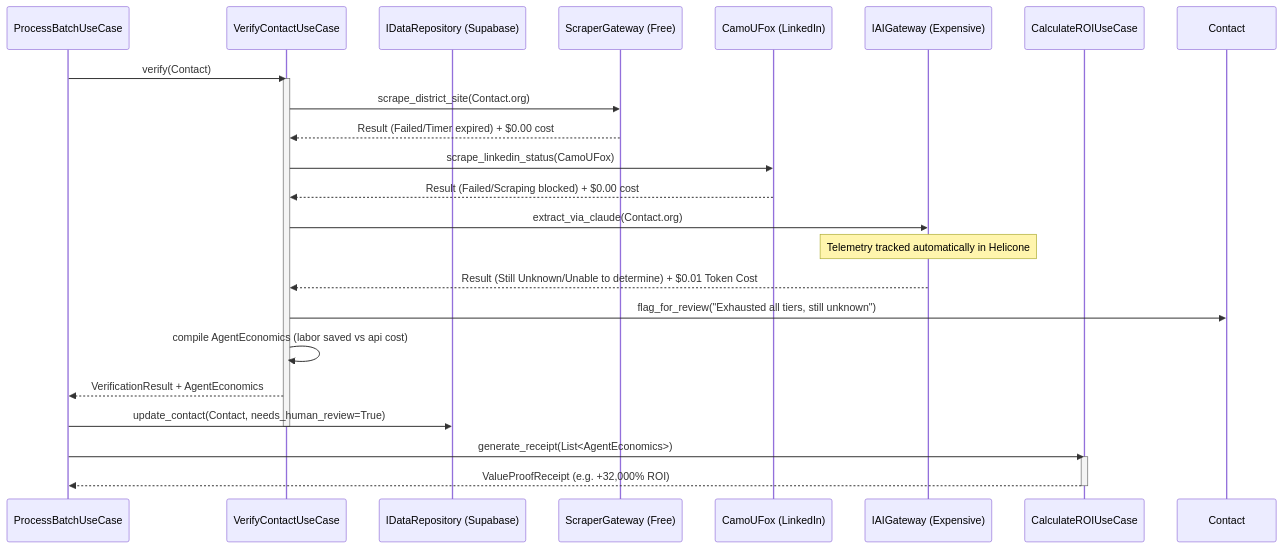
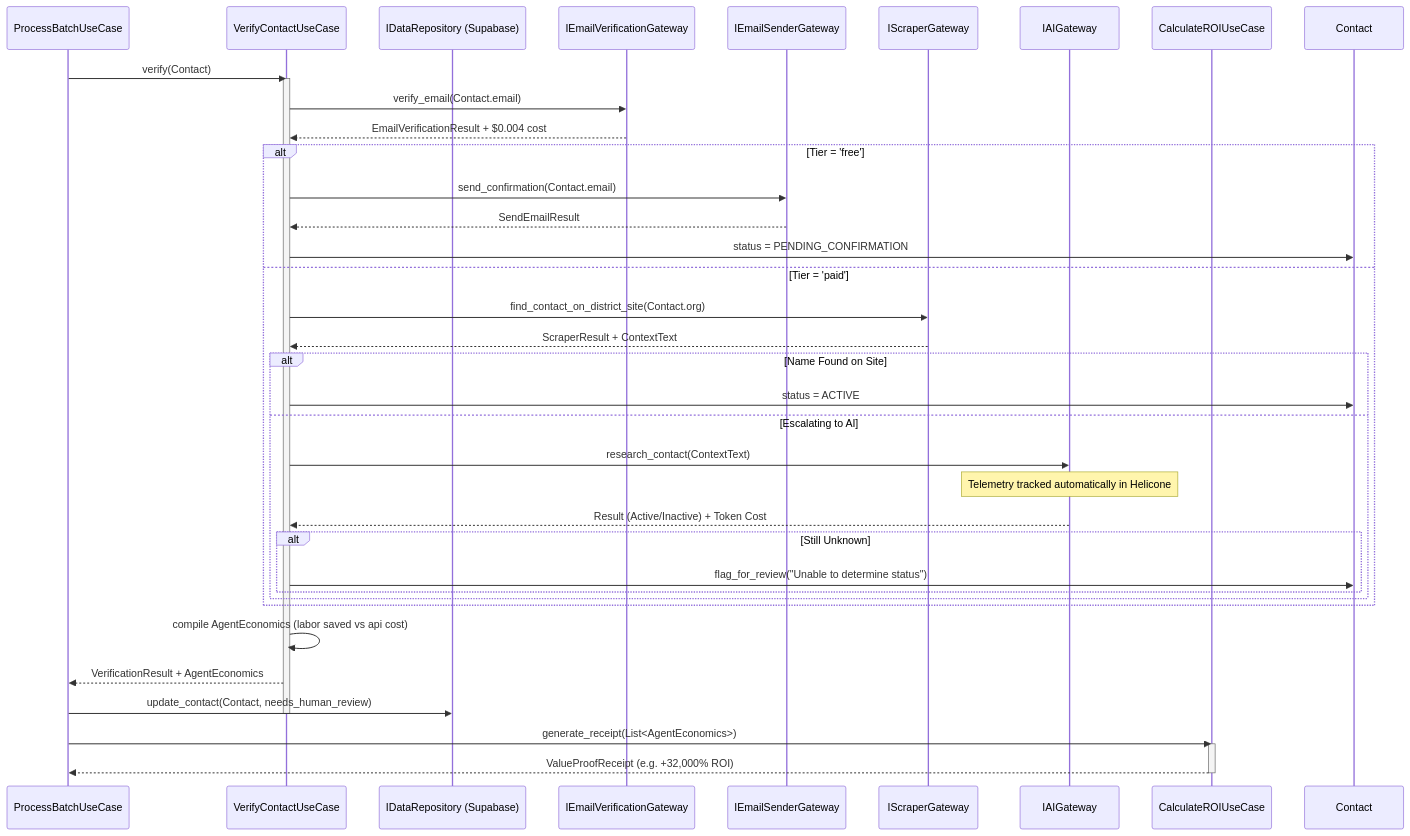
One commit to 0-robert/com-winner changed the fourth of 4 diagrams in PROPOSED_architecture.md. Above: the diagram before and after it, drawn with Mermaid. The commit also changed other lines of this file and 18 other files, not shown here.

````diff
--- a/PROPOSED_architecture.md
+++ b/PROPOSED_architecture.md
@@ -189,40 +188,50 @@
 ```mermaid
 sequenceDiagram
     participant Batch as ProcessBatchUseCase
     participant Verify as VerifyContactUseCase
     participant DB as IDataRepository (Supabase)
-    participant Tier1 as ScraperGateway (Free)
-    participant Tier2 as CamoUFox (LinkedIn)
-    participant Tier3 as IAIGateway (Expensive)
+    participant Email as IEmailVerificationGateway
+    participant Sender as IEmailSenderGateway
+    participant Scraper as IScraperGateway
+    participant AI as IAIGateway
     participant ROI as CalculateROIUseCase
     
     Batch->>Verify: verify(Contact)
     activate Verify
     
-    %% Cost-Aware Routing: Tier 1
-    Verify->>Tier1: scrape_district_site(Contact.org)
-    Tier1-->>Verify: Result (Failed/Timer expired) + $0.00 cost
-    
-    %% Cost-Aware Routing: Tier 2
-    Verify->>Tier2: scrape_linkedin_status(CamoUFox)
-    Tier2-->>Verify: Result (Failed/Scraping blocked) + $0.00 cost
+    Verify->>Email: verify_email(Contact.email)
+    Email-->>Verify: EmailVerificationResult + $0.004 cost
+
+    alt Tier = 'free'
+        Verify->>Sender: send_confirmation(Contact.email)
+        Sender-->>Verify: SendEmailResult
+        Verify->>Contact: status = PENDING_CONFIRMATION
         
-    %% Cost-Aware Routing: Tier 3
-    Verify->>Tier3: extract_via_claude(Contact.org)
-    Note over Tier3: Telemetry tracked automatically in Helicone
-    Tier3-->>Verify: Result (Still Unknown/Unable to determine) + $0.01 Token Cost
-    
-    %% Flag for Human Review
-    Verify->>Contact: flag_for_review("Exhausted all tiers, still unknown")
+    else Tier = 'paid'
+        Verify->>Scraper: find_contact_on_district_site(Contact.org)
+        Scraper-->>Verify: ScraperResult + ContextText
+        
+        alt Name Found on Site
+            Verify->>Contact: status = ACTIVE
+        else Escalating to AI
+            Verify->>AI: research_contact(ContextText)
+            Note over AI: Telemetry tracked automatically in Helicone
+            AI-->>Verify: Result (Active/Inactive) + Token Cost
+            
+            alt Still Unknown
+                 Verify->>Contact: flag_for_review("Unable to determine status")
+            end
+        end
+    end
     
     Verify->>Verify: compile AgentEconomics (labor saved vs api cost)
     Verify-->>Batch: VerificationResult + AgentEconomics
-    Batch->>DB: update_contact(Contact, needs_human_review=True)
+    Batch->>DB: update_contact(Contact, needs_human_review)
     deactivate Verify
     
     %% Generate the Value-Proof Receipt
     Batch->>ROI: generate_receipt(List<AgentEconomics>)
     activate ROI
     ROI-->>Batch: ValueProofReceipt (e.g. +32,000% ROI)
     deactivate ROI
 ```
````
